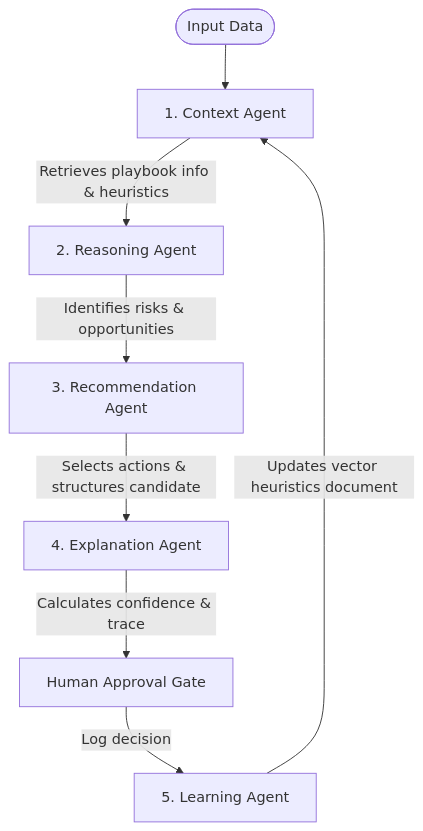
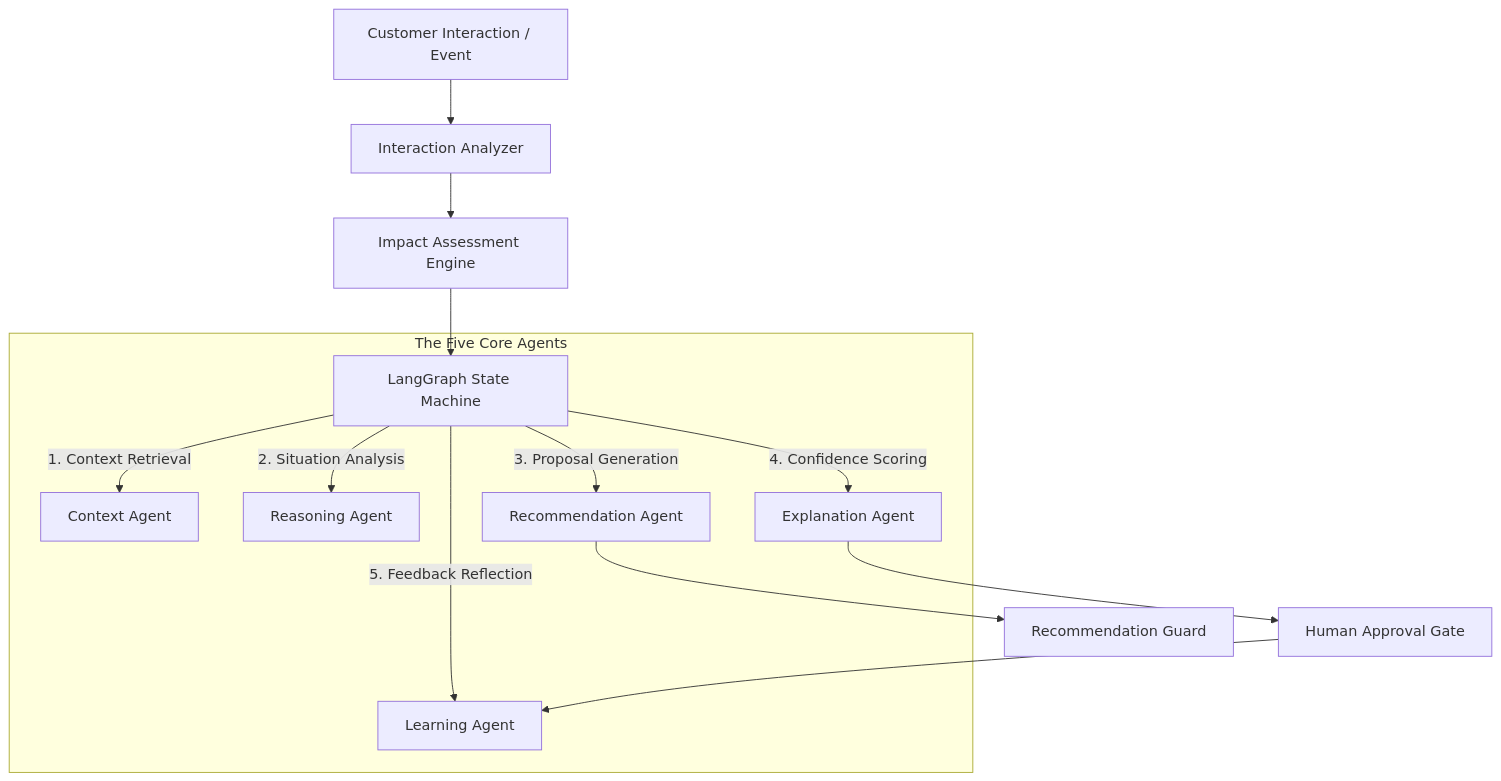
The diagram in docs/agents.md (Akash-paluvai/XLVentures), drawn with Mermaid before and after one commit. The commit also changed other lines of this file and 5 other files, not shown here.

Commit message:
docs: complete detailed document directory with architecture, planner, memory, agents, and deployment guides

````diff
--- a/docs/agents.md
+++ b/docs/agents.md
@@ -9,10 +9,18 @@
 ```mermaid
 graph TD
-    Input([Input Data]) --> ContextAgent[1. Context Agent]
-    ContextAgent -->|Retrieves playbook info & heuristics| ReasoningAgent[2. Reasoning Agent]
-    ReasoningAgent -->|Identifies risks & opportunities| RecAgent[3. Recommendation Agent]
-    RecAgent -->|Selects actions & structures candidate| ExplainAgent[4. Explanation Agent]
-    ExplainAgent -->|Calculates confidence & trace| UserReview[Human Approval Gate]
-    UserReview -->|Log decision| LearnAgent[5. Learning Agent]
-    LearnAgent -->|Updates vector heuristics document| ContextAgent
+    EventInput[Customer Interaction / Event] --> Ingest[Interaction Analyzer]
+    Ingest --> Impact[Impact Assessment Engine]
+    Impact --> Graph[LangGraph State Machine]
+
+    subgraph CoreAgents [The Five Core Agents]
+        Graph -->|1. Context Retrieval| Agent1[Context Agent]
+        Graph -->|2. Situation Analysis| Agent2[Reasoning Agent]
+        Graph -->|3. Proposal Generation| Agent3[Recommendation Agent]
+        Graph -->|4. Confidence Scoring| Agent4[Explanation Agent]
+        Graph -->|5. Feedback Reflection| Agent5[Learning Agent]
+    end
+
+    Agent3 --> Guard[Recommendation Guard]
+    Agent4 --> Gate[Human Approval Gate]
+    Gate --> Agent5
 ```
````
